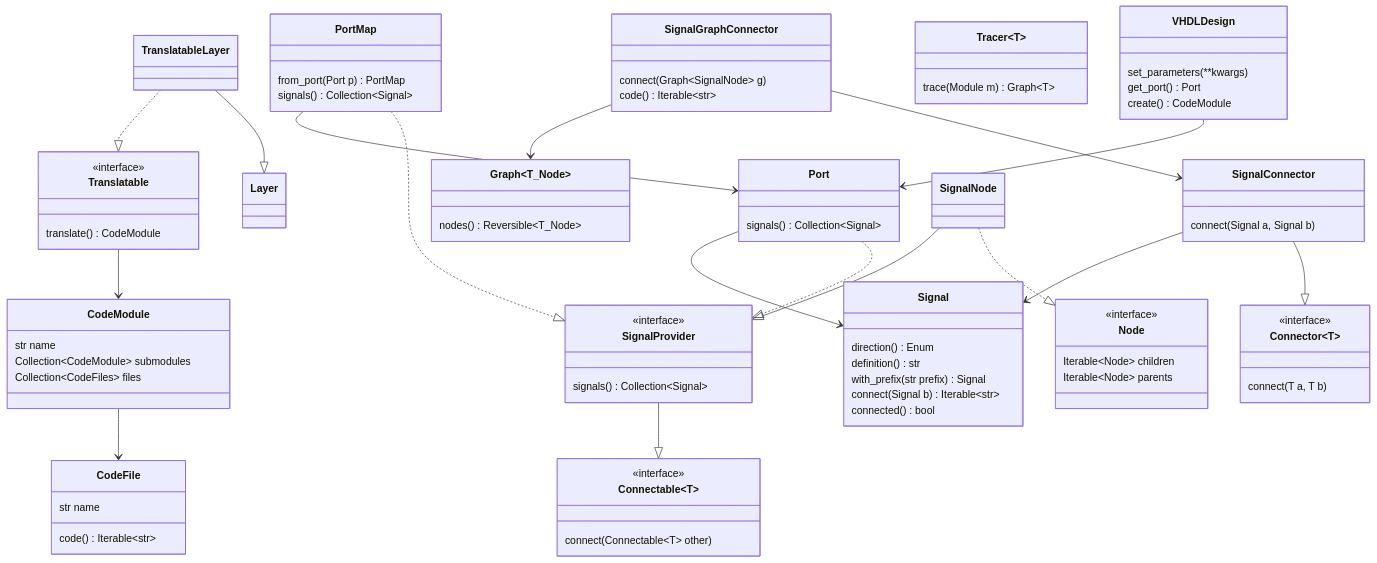
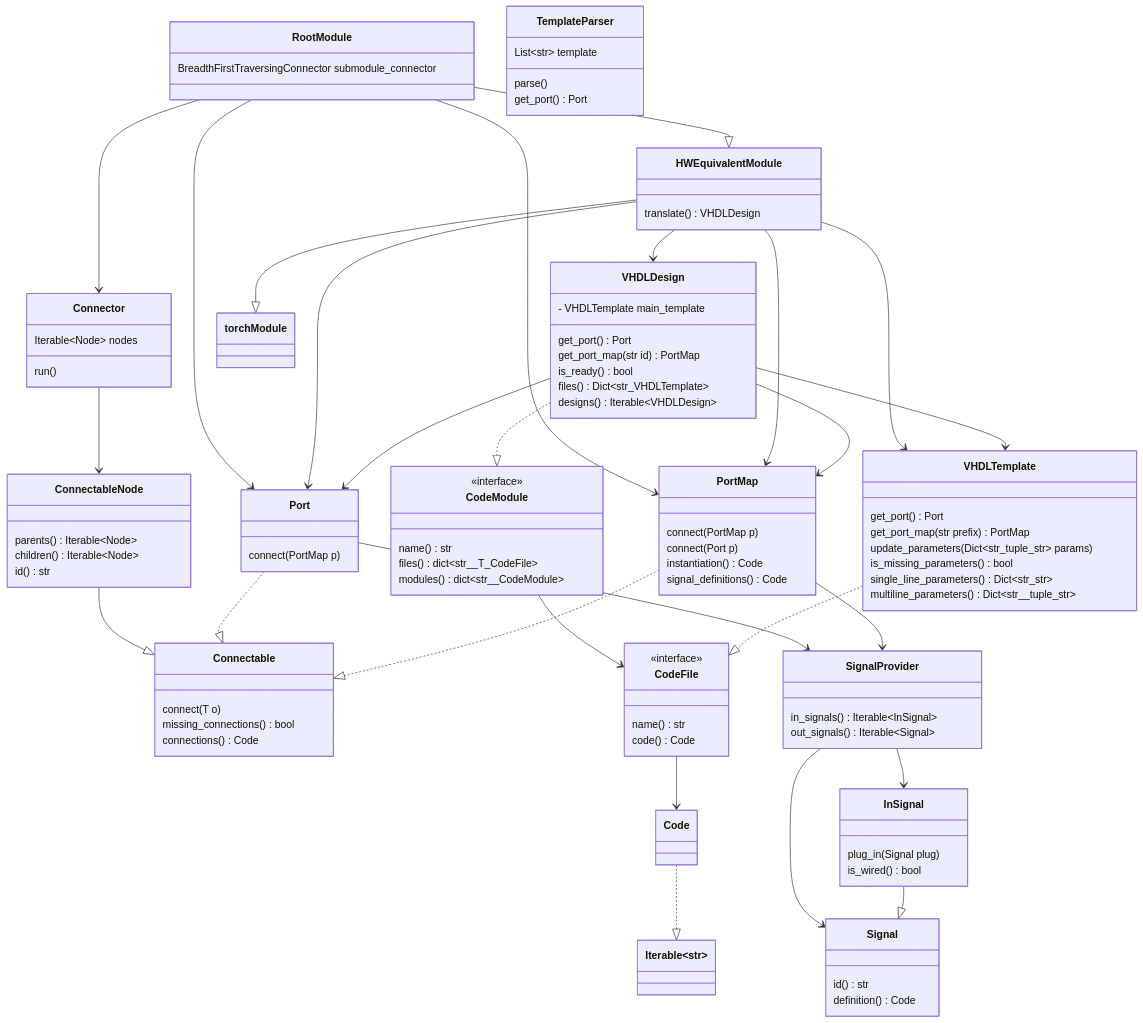
The diagram in elasticai/creator/vhdl/design.md (es-ude/elastic-ai.creator), drawn with Mermaid before and after one commit. The commit also changed other lines of this file and 48 other files, not shown here.

First line of the commit message:
refactor: simplify architecture

````diff
--- a/elasticai/creator/vhdl/design.md
+++ b/elasticai/creator/vhdl/design.md
@@ -4,98 +4,130 @@
 ```mermaid
 classDiagram
-   class TranslatableLayer
-   TranslatableLayer --|> Layer
-   TranslatableLayer ..|> Translatable
-   Translatable --> CodeModule
-   class Translatable {
-     translate() CodeModule
-   }
-   class CodeModule {
-     str name
-     Collection~CodeModule~ submodules
-     Collection~CodeFiles~ files
-   }
-   class CodeFile {
-     str name
-     code() Iterable~str~
-   }
-   CodeModule --> CodeFile
-   <<interface>> Translatable
-   class Connectable~T~ {
-     connect(Connectable~T~ other)
-   }
-   <<interface>> Connectable
+    RootModule --|> HWEquivalentModule
+    RootModule --> Connector
+    RootModule --> Port
+    RootModule --> PortMap
 
-   VHDLDesign --> Port
-
-   class SignalProvider {
-     signals() Collection~Signal~
-   }
-   <<interface>> SignalProvider
-   SignalProvider --|> Connectable
-   class Port {
-     signals() Collection~Signal~
-   }
-
-   class PortMap {
-     from_port(Port p) PortMap
-     signals() Collection~Signal~
-   }
-
-   Port ..|> SignalProvider
-   PortMap ..|> SignalProvider
-   PortMap --> Port
-   class VHDLDesign {
-     set_parameters(**kwargs)
-     get_port() Port
-     create() CodeModule
-   }
-
-   class Tracer~T~ {
-     trace(Module m) Graph~T~
-   }
-
-   class Connector~T~ {
-     connect(T a, T b)
-   }
-   <<interface>> Connector
-   class Signal {
-     direction() Enum
-     definition() str
-     with_prefix(str prefix) Signal
-     connect(Signal b) Iterable~str~
-     connected() bool
-   }
-
-   class SignalConnector {
-     connect(Signal a, Signal b)
-   }
-
-   class SignalGraphConnector {
-     connect(Graph~SignalNode~ g)
-     code() Iterable~str~
-   }
-
-   class Graph~T_Node~ {
-     nodes() Reversible~T_Node~
-   }
-
-   SignalGraphConnector --> SignalConnector
-   SignalGraphConnector --> Graph
-   class Node {
-     Iterable~Node~ children
-     Iterable~Node~ parents
-   }
-
-   <<interface>> Node
-
-   SignalNode ..|> Node
-   SignalNode --|> SignalProvider
-
-   SignalConnector --|> Connector
-   SignalConnector --> Signal
-   Port --> Signal
+    Connector --> ConnectableNode
+    ConnectableNode --|> Connectable
 
 
 
+
+
+    HWEquivalentModule --> VHDLDesign
+    HWEquivalentModule --|> torchModule
+    HWEquivalentModule --> Port
+    HWEquivalentModule --> PortMap
+    HWEquivalentModule --> VHDLTemplate
+
+    VHDLDesign ..|> CodeModule
+    VHDLDesign --> Port
+    VHDLDesign --> PortMap
+    VHDLDesign --> VHDLTemplate
+
+    Port ..|> Connectable~T~
+    Port --> SignalProvider
+    PortMap ..|> Connectable
+    PortMap --> SignalProvider
+
+    CodeModule --> CodeFile
+    VHDLTemplate ..|> CodeFile
+    SignalProvider --> Signal
+    SignalProvider --> InSignal
+
+    InSignal --|> Signal
+
+    CodeFile --> Code
+
+    Code ..|> Iterable~str~
+
+    class RootModule {
+      BreadthFirstTraversingConnector submodule_connector
+    }
+
+    class HWEquivalentModule {
+      translate() VHDLDesign
+    }
+
+    class VHDLDesign {
+      - VHDLTemplate main_template
+      get_port() Port
+      get_port_map(str id) PortMap
+      is_ready() bool
+      files() Dict~str_VHDLTemplate~
+      designs() Iterable~VHDLDesign~
+    }
+
+    class TemplateParser {
+      List~str~ template
+      parse()
+      get_port() Port
+    }
+
+    class Port {
+      connect(PortMap p)
+    }
+
+    class PortMap {
+      connect(PortMap p)
+      connect(Port p)
+      instantiation() Code
+      signal_definitions() Code
+    }
+
+    class Connectable {
+      connect(T o)
+      missing_connections() bool
+      connections() Code
+    }
+
+    class SignalProvider {
+      in_signals() Iterable~InSignal~
+      out_signals() Iterable~Signal~
+    }
+
+    class InSignal {
+      plug_in(Signal plug)
+      is_wired() bool
+    }
+
+    class Signal {
+      id() str
+      definition() Code
+    }
+
+    class VHDLTemplate {
+      get_port() Port
+      get_port_map(str prefix) PortMap
+      update_parameters(Dict~str_tuple_str~ params)
+      is_missing_parameters() bool
+      single_line_parameters() Dict~str_str~
+      multiline_parameters() Dict~str__tuple_str~
+    }
+
+    class CodeModule~T_CodeFile~ {
+      name() str
+      files() dict~str__T_CodeFile~
+      modules() dict~str__CodeModule~
+    }
+    <<interface>> CodeModule
+
+    class CodeFile {
+      name() str
+      code() Code
+    }
+    <<interface>> CodeFile
+
+    class Connector {
+      Iterable~Node~ nodes
+      run()
+    }
+
+    class ConnectableNode {
+      parents() Iterable~Node~
+      children() Iterable~Node~
+      id()  str
+    }
+
 ```
````
